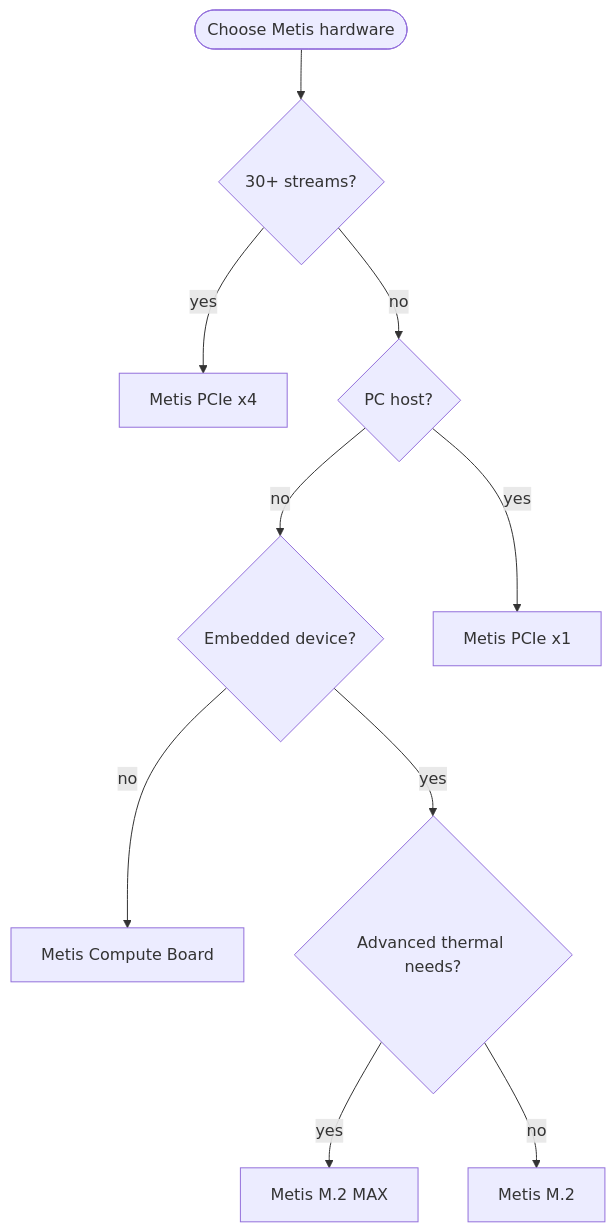
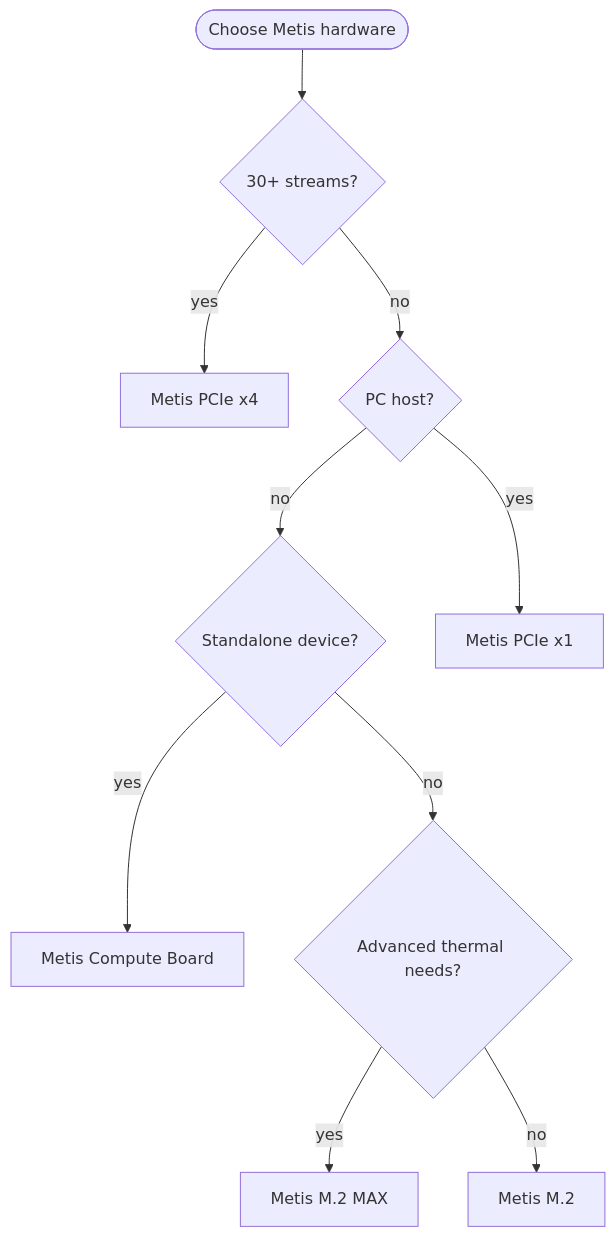
Before and after one commit to ultralytics/ultralytics: the diagram in docs/en/integrations/axelera.md, drawn with Mermaid. The commit also changed 10 other files, not shown here.

First line of the commit message:
Fix Mermaid review findings and re-tune diagrams for the dagre layout

````diff
--- a/docs/en/integrations/axelera.md
+++ b/docs/en/integrations/axelera.md
@@ -19,17 +19,17 @@
 ```mermaid
 flowchart TD
     A([Choose Metis hardware]) --> B{30+ streams?}
     B -->|yes| C[Metis PCIe x4]
     B -->|no| D{PC host?}
-    D -->|no| F{Embedded device?}
+    D -->|no| F{Standalone device?}
     D -->|yes| E[Metis PCIe x1]
-    F -->|no| G[Metis Compute Board]
-    F -->|yes| H{Advanced thermal needs?}
+    F -->|yes| G[Metis Compute Board]
+    F -->|no| H{Advanced thermal needs?}
     H -->|yes| J[Metis M.2 MAX]
     H -->|no| I[Metis M.2]
 
     click C "https://store.axelera.ai/"
     click E "https://store.axelera.ai/"
     click G "https://store.axelera.ai/"
     click I "https://store.axelera.ai/"
 ```
````
